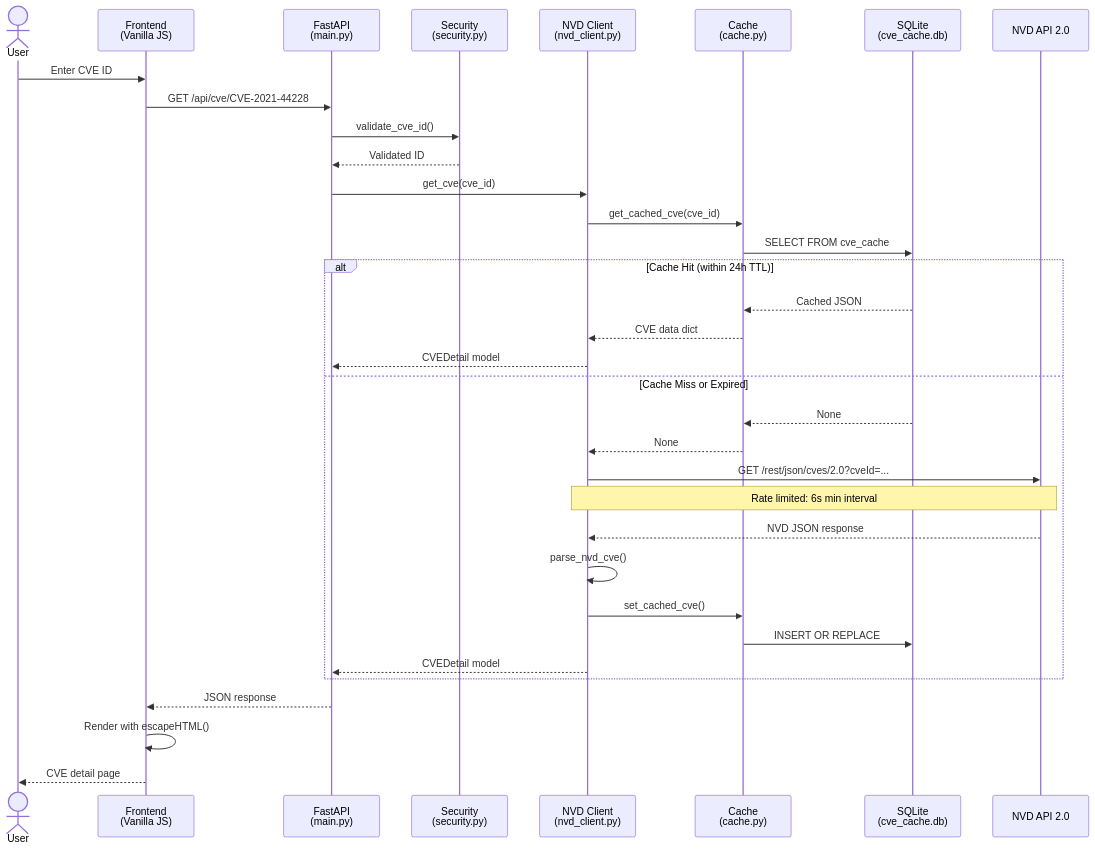
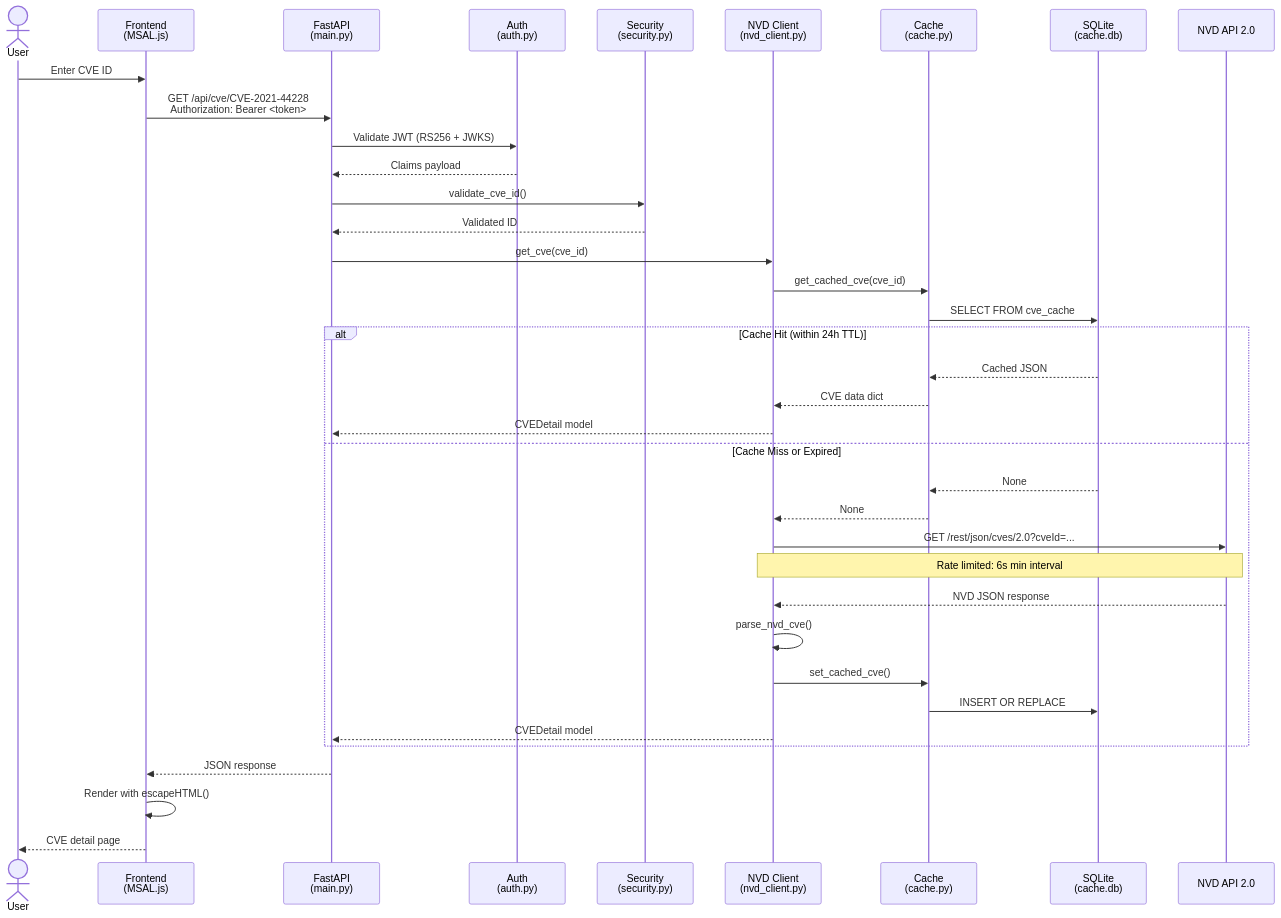
One commit to reonbritto/test-proj changed the fifth of 6 diagrams in README.md. Above: the diagram before and after it, drawn with Mermaid. The commit also changed other lines of this file and 44 other files, not shown here.

````diff
--- a/README.md
+++ b/README.md
@@ -229,40 +570,44 @@
 ```mermaid
 sequenceDiagram
     actor User
-    participant FE as Frontend<br/>(Vanilla JS)
+    participant FE as Frontend<br/>(MSAL.js)
     participant API as FastAPI<br/>(main.py)
+    participant AUTH as Auth<br/>(auth.py)
     participant SEC as Security<br/>(security.py)
     participant NVD as NVD Client<br/>(nvd_client.py)
     participant CACHE as Cache<br/>(cache.py)
-    participant DB as SQLite<br/>(cve_cache.db)
+    participant DB as SQLite<br/>(cache.db)
     participant EXT as NVD API 2.0
 
     User->>FE: Enter CVE ID
-    FE->>API: GET /api/cve/CVE-2021-44228
+    FE->>API: GET /api/cve/CVE-2021-44228<br/>Authorization: Bearer <token>
+    API->>AUTH: Validate JWT (RS256 + JWKS)
+    AUTH-->>API: Claims payload
+
     API->>SEC: validate_cve_id()
     SEC-->>API: Validated ID
 
     API->>NVD: get_cve(cve_id)
     NVD->>CACHE: get_cached_cve(cve_id)
     CACHE->>DB: SELECT FROM cve_cache
 
     alt Cache Hit (within 24h TTL)
         DB-->>CACHE: Cached JSON
         CACHE-->>NVD: CVE data dict
         NVD-->>API: CVEDetail model
     else Cache Miss or Expired
         DB-->>CACHE: None
         CACHE-->>NVD: None
         NVD->>EXT: GET /rest/json/cves/2.0?cveId=...
         Note over NVD,EXT: Rate limited: 6s min interval
         EXT-->>NVD: NVD JSON response
         NVD->>NVD: parse_nvd_cve()
         NVD->>CACHE: set_cached_cve()
         CACHE->>DB: INSERT OR REPLACE
         NVD-->>API: CVEDetail model
     end
 
     API-->>FE: JSON response
     FE->>FE: Render with escapeHTML()
     FE-->>User: CVE detail page
 ```
````
